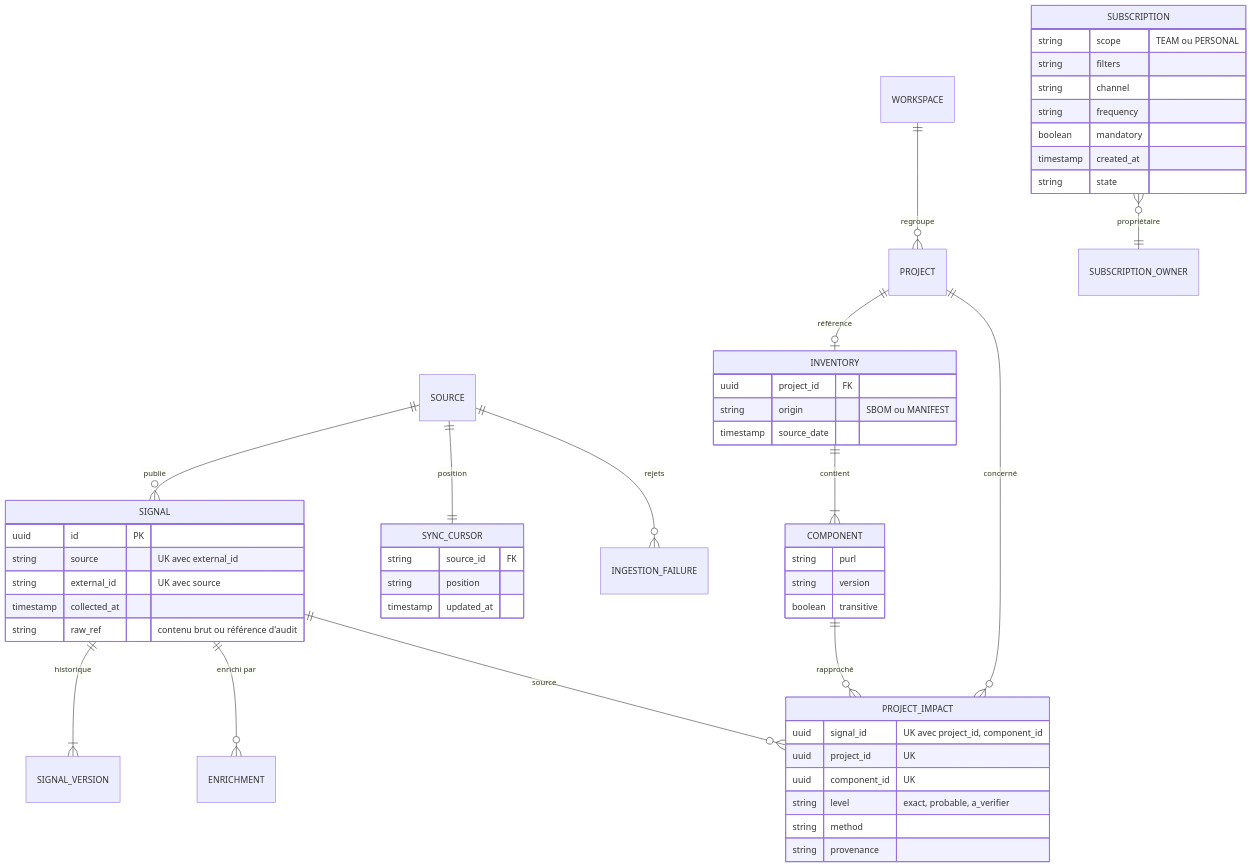
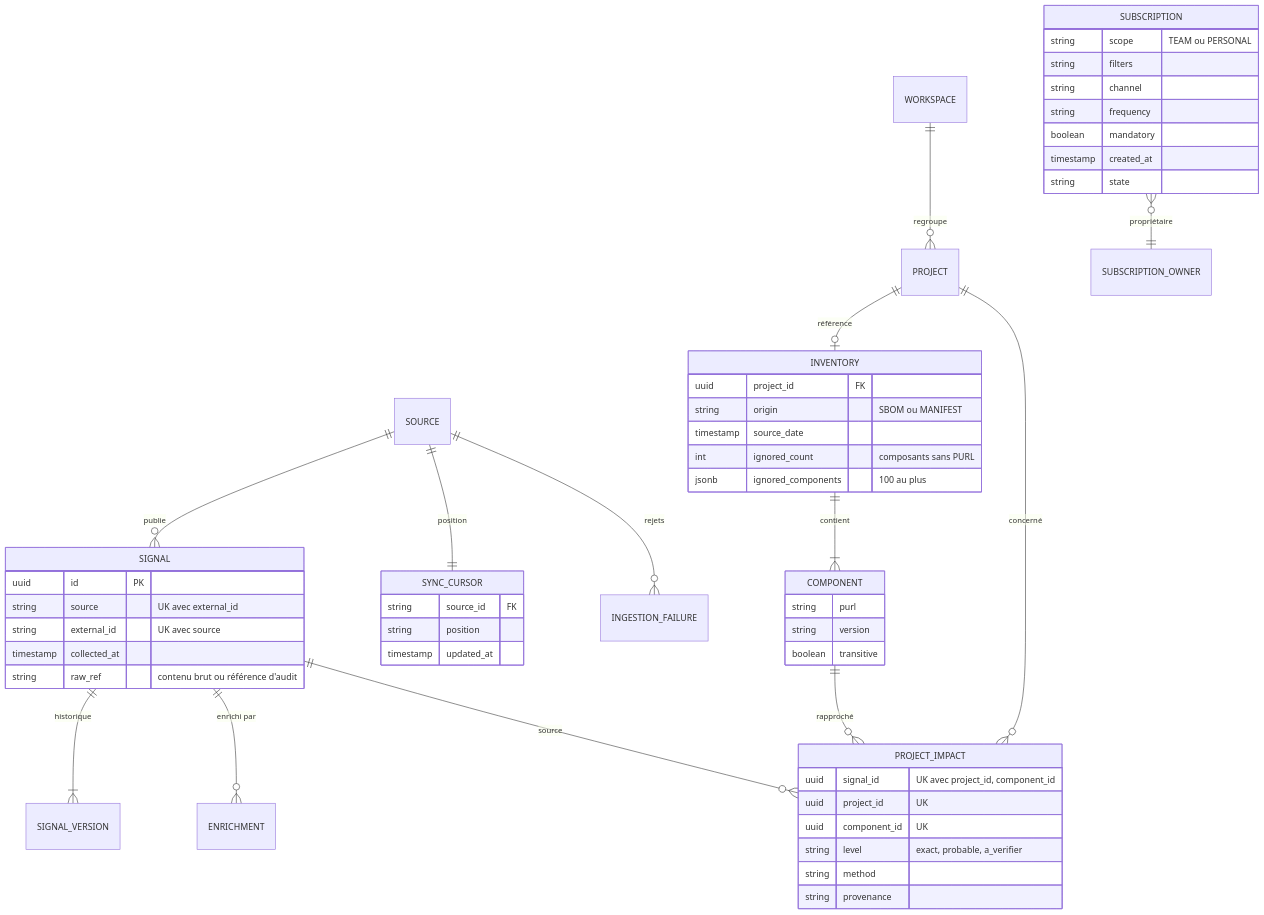
The third of 3 diagrams in openspec/changes/formaliser-chaine-securite-poc/design.md (FTurleque/argos-tech-platform), drawn with Mermaid before and after one commit. The commit also changed other lines of this file and 9 other files, not shown here.

````diff
--- a/openspec/changes/formaliser-chaine-securite-poc/design.md
+++ b/openspec/changes/formaliser-chaine-securite-poc/design.md
@@ -176,55 +176,57 @@
 ```mermaid
 erDiagram
     SOURCE ||--o{ SIGNAL : "publie"
     SOURCE ||--|| SYNC_CURSOR : "position"
     SOURCE ||--o{ INGESTION_FAILURE : "rejets"
     SIGNAL ||--|{ SIGNAL_VERSION : "historique"
     SIGNAL ||--o{ ENRICHMENT : "enrichi par"
     PROJECT ||--o| INVENTORY : "référence"
     INVENTORY ||--|{ COMPONENT : "contient"
     SIGNAL ||--o{ PROJECT_IMPACT : "source"
     PROJECT ||--o{ PROJECT_IMPACT : "concerné"
     COMPONENT ||--o{ PROJECT_IMPACT : "rapproché"
     WORKSPACE ||--o{ PROJECT : "regroupe"
     SUBSCRIPTION }o--|| SUBSCRIPTION_OWNER : "propriétaire"
 
     SIGNAL {
         uuid id PK
         string source "UK avec external_id"
         string external_id "UK avec source"
         timestamp collected_at
         string raw_ref "contenu brut ou référence d'audit"
     }
     SYNC_CURSOR {
         string source_id FK
         string position
         timestamp updated_at
     }
     INVENTORY {
         uuid project_id FK
         string origin "SBOM ou MANIFEST"
         timestamp source_date
+        int ignored_count "composants sans PURL"
+        jsonb ignored_components "100 au plus"
     }
     COMPONENT {
         string purl
         string version
         boolean transitive
     }
     PROJECT_IMPACT {
         uuid signal_id "UK avec project_id, component_id"
         uuid project_id "UK"
         uuid component_id "UK"
         string level "exact, probable, a_verifier"
         string method
         string provenance
     }
     SUBSCRIPTION {
         string scope "TEAM ou PERSONAL"
         string filters
         string channel
         string frequency
         boolean mandatory
         timestamp created_at
         string state
     }
 ```
````
